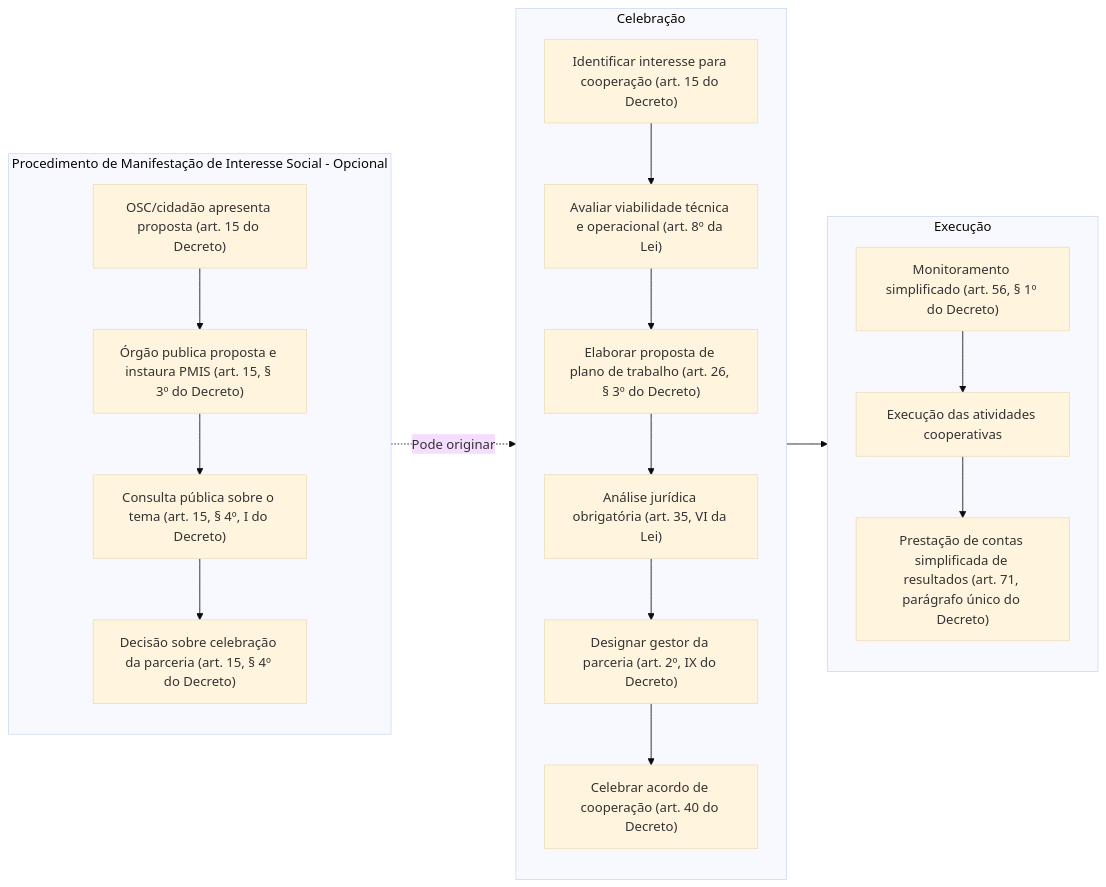
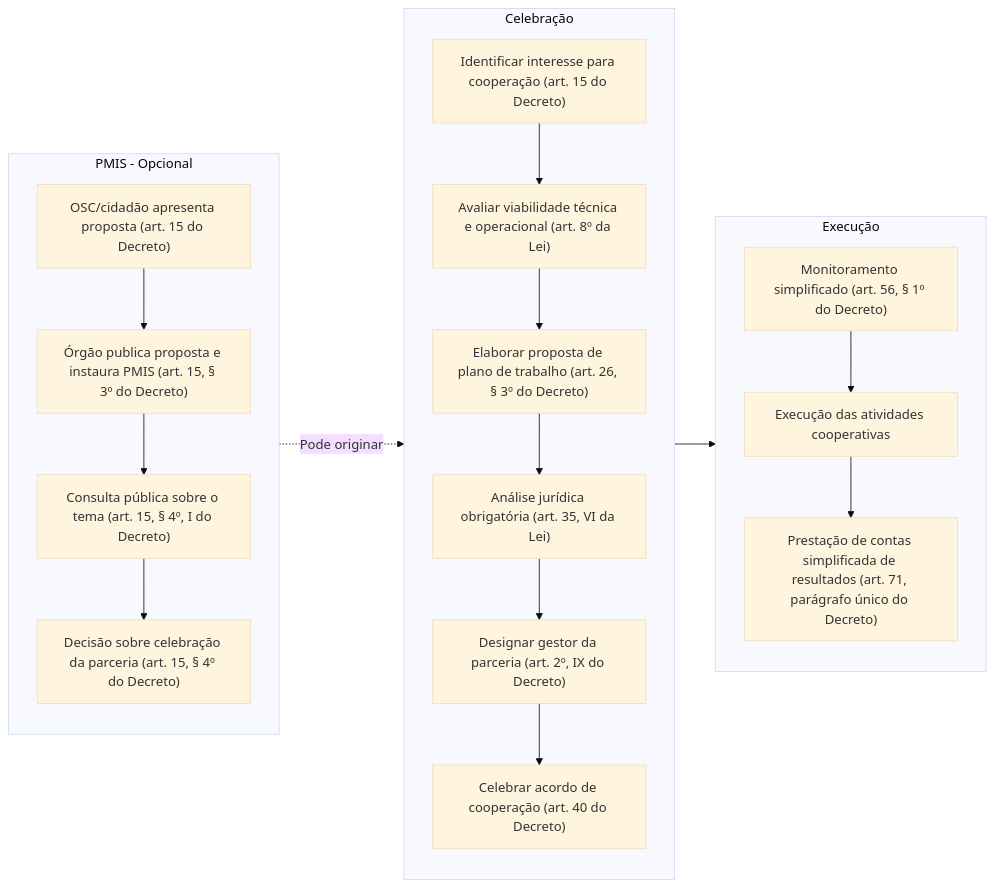
The first of 4 diagrams in paginas/marcos_regulatorios/MROSC/AC/README.md (iepha-mg/manual.appi), drawn with Mermaid (base theme) before and after one commit. The commit also changed other lines of this file, not shown here.

```diff
--- a/paginas/marcos_regulatorios/MROSC/AC/README.md
+++ b/paginas/marcos_regulatorios/MROSC/AC/README.md
@@ -80,27 +80,27 @@
 <div class="mermaid">
 flowchart LR
-    subgraph PMIS[Procedimento de Manifestação de Interesse Social - Opcional]
+    subgraph PMIS[PMIS - Opcional]
         P1["OSC/cidadão apresenta proposta (art. 15 do Decreto)"]
         P2["Órgão publica proposta e instaura PMIS (art. 15, § 3º do Decreto)"]
         P3["Consulta pública sobre o tema (art. 15, § 4º, I do Decreto)"]
         P4["Decisão sobre celebração da parceria (art. 15, § 4º do Decreto)"]
         P1 --> P2 --> P3 --> P4
     end
     subgraph Celebração
         A1["Identificar interesse para cooperação (art. 15 do Decreto)"]
         A2["Avaliar viabilidade técnica e operacional (art. 8º da Lei)"]
         A3["Elaborar proposta de plano de trabalho (art. 26, § 3º do Decreto)"]
         A4["Análise jurídica obrigatória (art. 35, VI da Lei)"]
         A5["Designar gestor da parceria (art. 2º, IX do Decreto)"]
         A6["Celebrar acordo de cooperação (art. 40 do Decreto)"]
         A1 --> A2 --> A3 --> A4 --> A5 --> A6
     end
     subgraph Execução
         B1["Monitoramento simplificado (art. 56, § 1º do Decreto)"]
         B2["Execução das atividades cooperativas"]
         B3["Prestação de contas simplificada de resultados (art. 71, parágrafo único do Decreto)"]
         B1 --> B2 --> B3
     end
     PMIS -.->|Pode originar| Celebração
     Celebração --> Execução
 </div>
```
